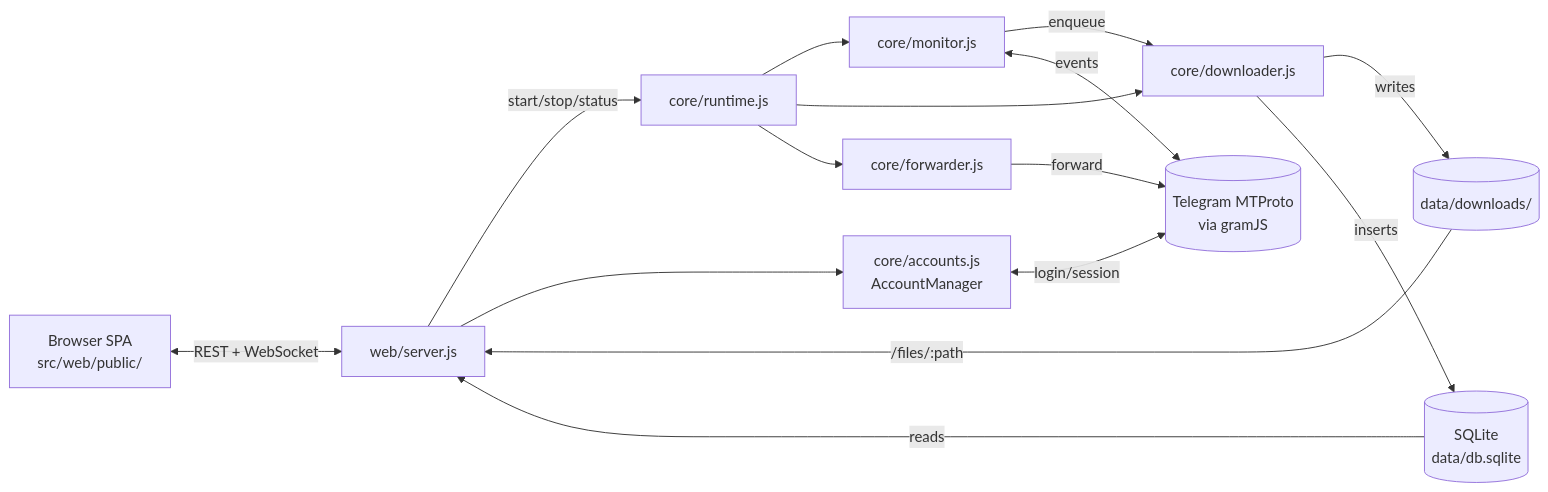
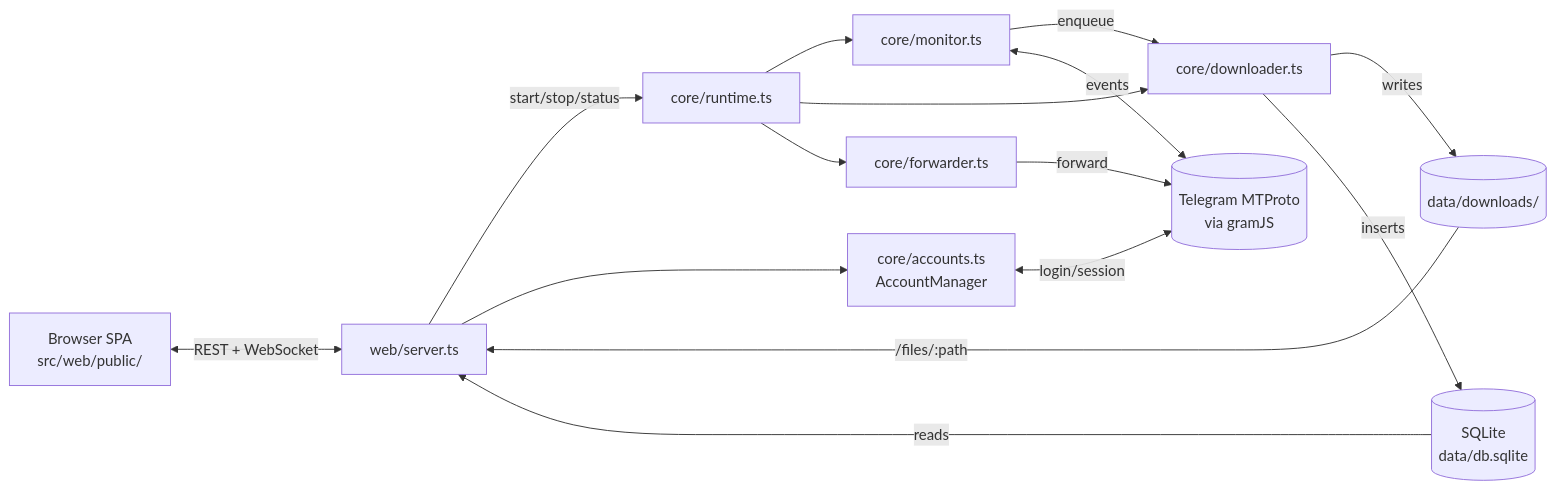
The diagram in docs/ARCHITECTURE.md (buluma/tgdl), drawn with Mermaid before and after one commit. The commit also changed other lines of this file and 9 other files, not shown here.

````diff
--- a/docs/ARCHITECTURE.md
+++ b/docs/ARCHITECTURE.md
@@ -12,28 +12,28 @@
 ```mermaid
 flowchart LR
     user[Browser SPA<br/>src/web/public/]
-    server[web/server.js]
-    runtime[core/runtime.js]
-    monitor[core/monitor.js]
-    downloader[core/downloader.js]
-    forwarder[core/forwarder.js]
-    am[core/accounts.js<br/>AccountManager]
+    server[web/server.ts]
+    runtime[core/runtime.ts]
+    monitor[core/monitor.ts]
+    downloader[core/downloader.ts]
+    forwarder[core/forwarder.ts]
+    am[core/accounts.ts<br/>AccountManager]
     db[(SQLite<br/>data/db.sqlite)]
     fs[(data/downloads/)]
     tg[(Telegram MTProto<br/>via gramJS)]
 
     user <-- REST + WebSocket --> server
     server -- start/stop/status --> runtime
     runtime --> monitor
     runtime --> downloader
     runtime --> forwarder
     server --> am
     monitor -- enqueue --> downloader
     forwarder -- forward --> tg
     am <-- login/session --> tg
     monitor <-- events --> tg
     downloader -- writes --> fs
     downloader -- inserts --> db
     db -- reads --> server
     fs -- /files/:path --> server
 ```
````
